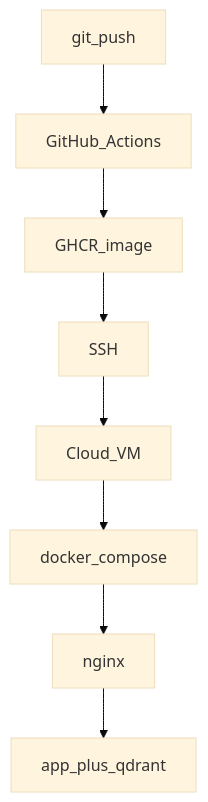
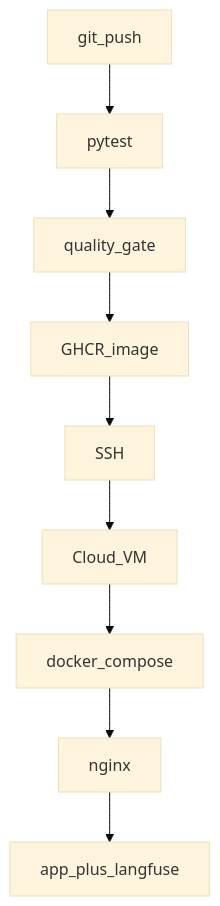
Before and after one commit to AdamCage/scoring-ai-agents-langchain: the diagram in docs/screenshots/diagrams/cicd-nginx-vm.mmd, drawn with Mermaid (base theme). The commit also changed 80 other files, not shown here.

```diff
--- a/docs/screenshots/diagrams/cicd-nginx-vm.mmd
+++ b/docs/screenshots/diagrams/cicd-nginx-vm.mmd
@@ -1,12 +1,13 @@
 flowchart TD
   Push[git_push]
-  CI[GitHub_Actions]
+  Test[pytest]
+  Eval[quality_gate]
   Image[GHCR_image]
   SSH[SSH]
   VM[Cloud_VM]
   Compose[docker_compose]
   Nginx[nginx]
-  App[app_plus_qdrant]
+  App[app_plus_langfuse]
 
-  Push --> CI --> Image --> SSH --> VM --> Compose
+  Push --> Test --> Eval --> Image --> SSH --> VM --> Compose
   Compose --> Nginx --> App
```
